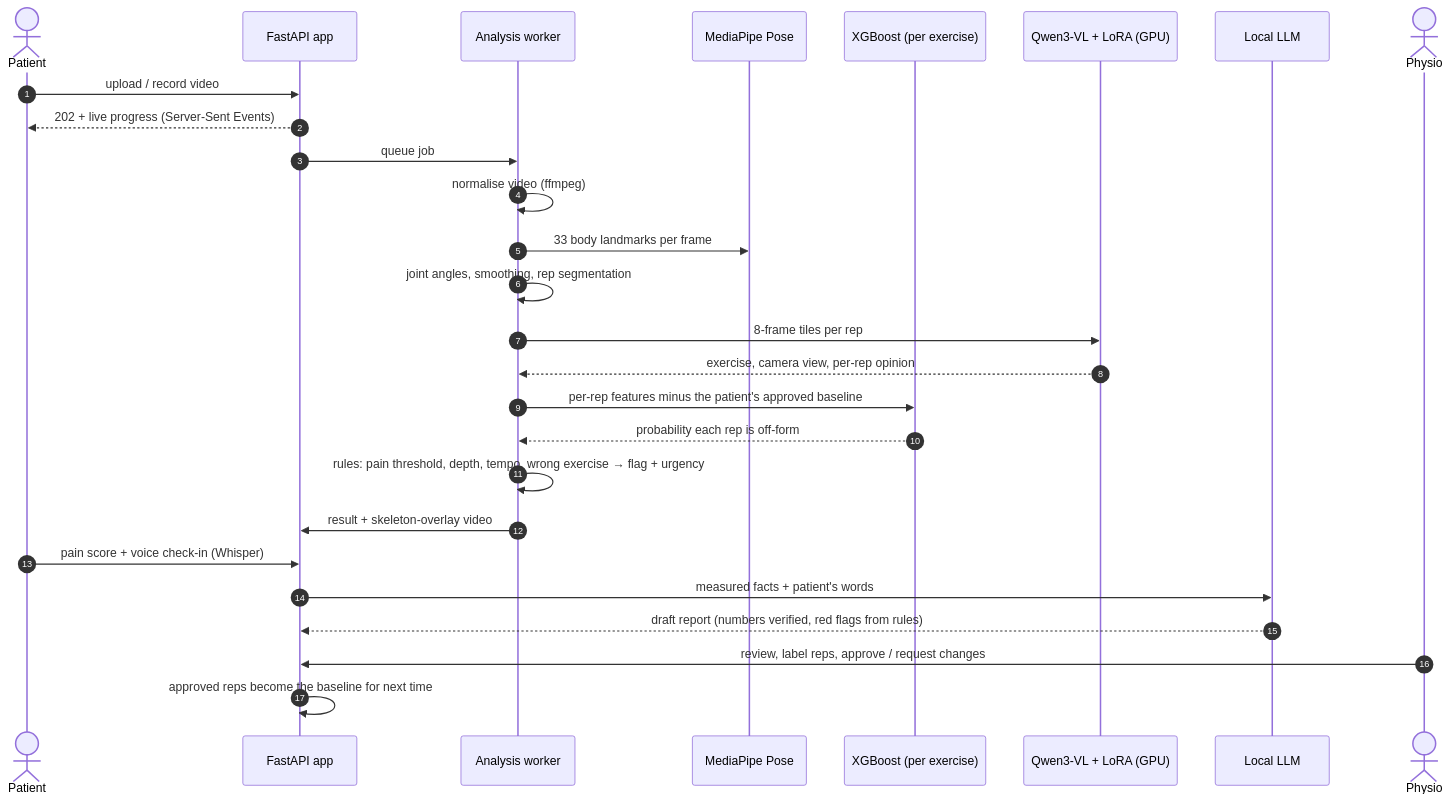
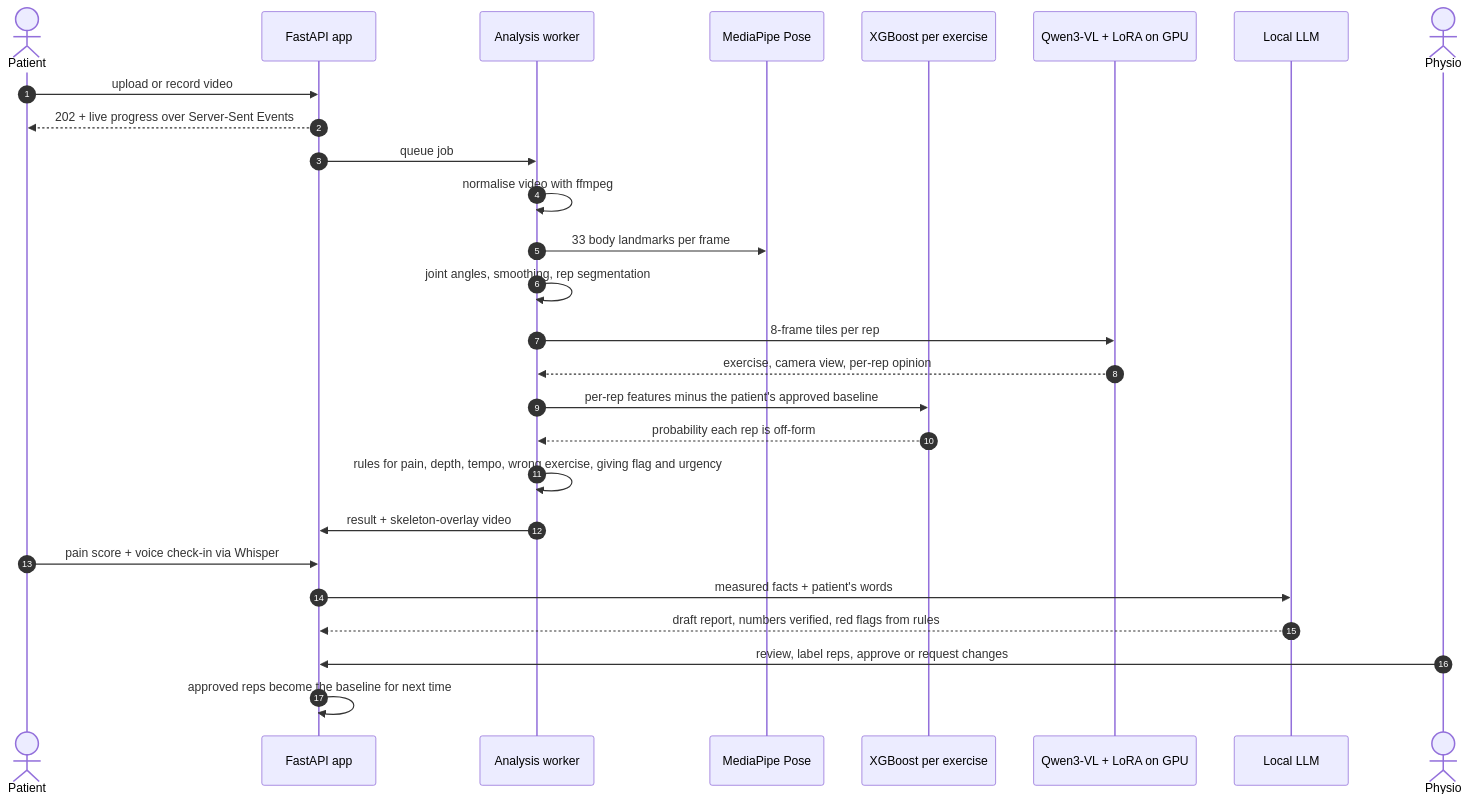
One commit to aryaMehta26/recovery-monitor changed the third of 6 diagrams in README.md. Above: the diagram before and after it, drawn with Mermaid. The commit also changed other lines of this file and 1 other file, not shown here.

Commit message:
README: model sizes and parameters, fine-tuning details, Piper and tutorials, edge AI on the Nano, privacy, updated architecture; setup installs Piper voice

````diff
--- a/README.md
+++ b/README.md
@@ -157,30 +172,30 @@
 ```mermaid
 sequenceDiagram
     autonumber
     actor Patient
     participant API as FastAPI app
     participant W as Analysis worker
     participant Pose as MediaPipe Pose
-    participant X as XGBoost (per exercise)
-    participant V as Qwen3-VL + LoRA (GPU)
+    participant X as XGBoost per exercise
+    participant V as Qwen3-VL + LoRA on GPU
     participant L as Local LLM
     actor Physio
 
-    Patient->>API: upload / record video
-    API-->>Patient: 202 + live progress (Server-Sent Events)
+    Patient->>API: upload or record video
+    API-->>Patient: 202 + live progress over Server-Sent Events
     API->>W: queue job
-    W->>W: normalise video (ffmpeg)
+    W->>W: normalise video with ffmpeg
     W->>Pose: 33 body landmarks per frame
     W->>W: joint angles, smoothing, rep segmentation
     W->>V: 8-frame tiles per rep
     V-->>W: exercise, camera view, per-rep opinion
     W->>X: per-rep features minus the patient's approved baseline
     X-->>W: probability each rep is off-form
-    W->>W: rules: pain threshold, depth, tempo, wrong exercise → flag + urgency
+    W->>W: rules for pain, depth, tempo, wrong exercise, giving flag and urgency
     W->>API: result + skeleton-overlay video
-    Patient->>API: pain score + voice check-in (Whisper)
+    Patient->>API: pain score + voice check-in via Whisper
     API->>L: measured facts + patient's words
-    L-->>API: draft report (numbers verified, red flags from rules)
-    Physio->>API: review, label reps, approve / request changes
+    L-->>API: draft report, numbers verified, red flags from rules
+    Physio->>API: review, label reps, approve or request changes
     API->>API: approved reps become the baseline for next time
 ```
````
